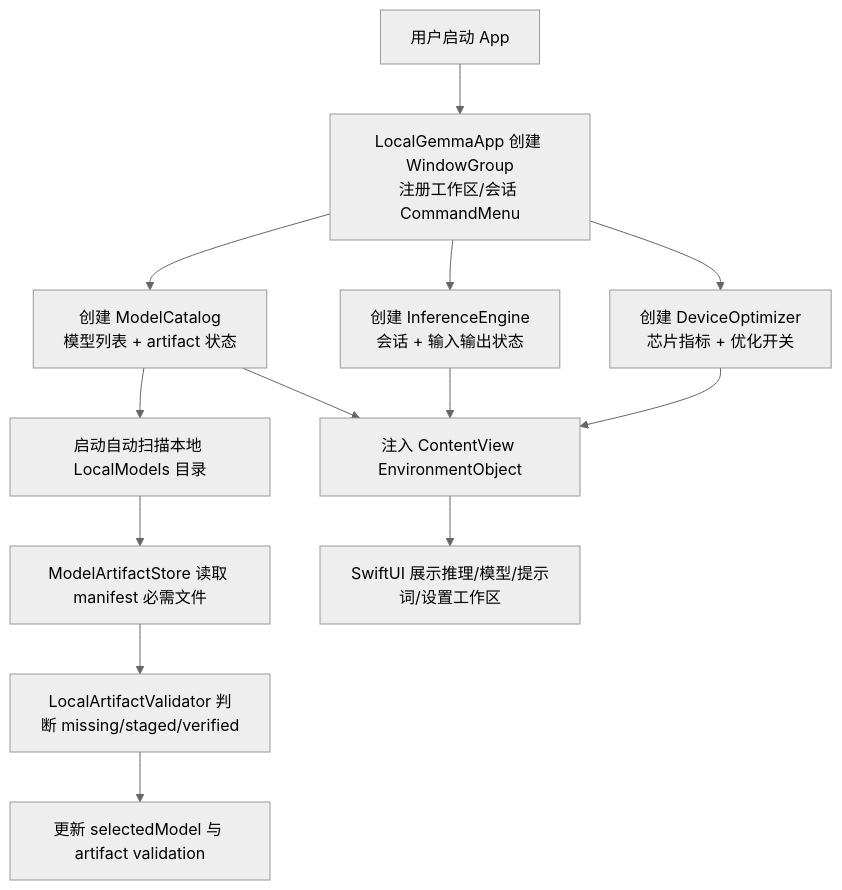
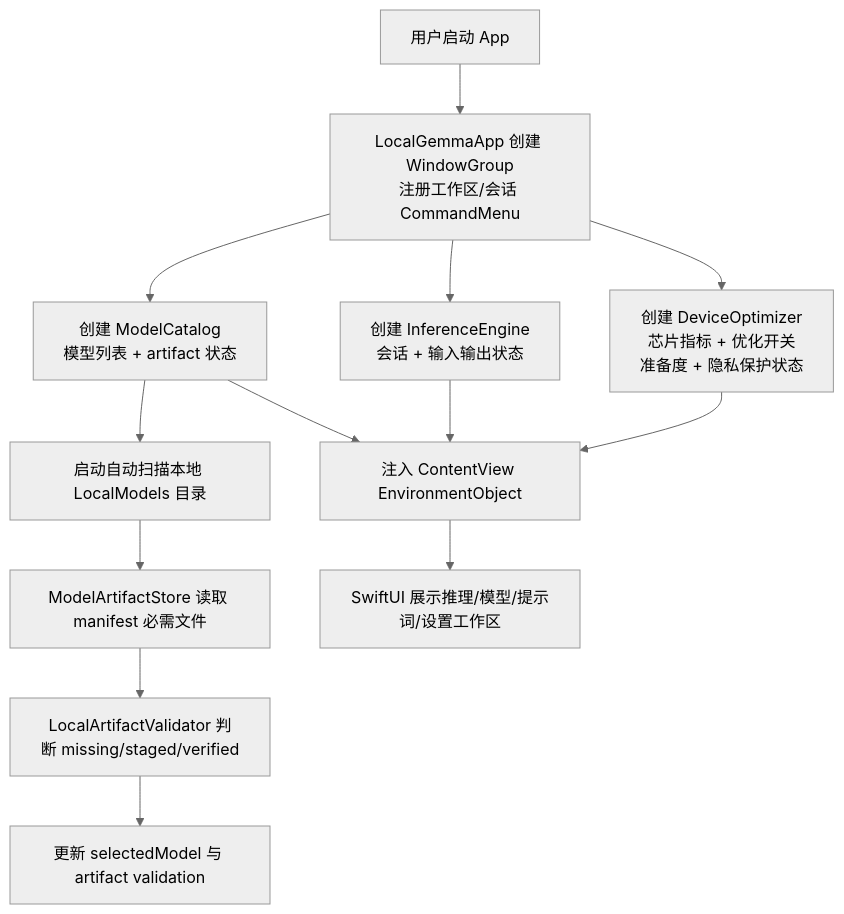
One commit to Altman-sam114/113 changed the first of 9 diagrams in md/flow/flowchart.md. Above: the diagram before and after it, drawn with Mermaid (neutral theme). The commit also changed other lines of this file and 9 other files, not shown here.

````diff
--- a/md/flow/flowchart.md
+++ b/md/flow/flowchart.md
@@ -9,15 +9,15 @@
 ```mermaid
 flowchart TD
     A[用户启动 App] --> B[LocalGemmaApp 创建 WindowGroup<br/>注册工作区/会话 CommandMenu]
     B --> C[创建 ModelCatalog<br/>模型列表 + artifact 状态]
     B --> D[创建 InferenceEngine<br/>会话 + 输入输出状态]
-    B --> E[创建 DeviceOptimizer<br/>芯片指标 + 优化开关]
+    B --> E[创建 DeviceOptimizer<br/>芯片指标 + 优化开关<br/>准备度 + 隐私保护状态]
     C --> F[启动自动扫描本地 LocalModels 目录]
     F --> G[ModelArtifactStore 读取 manifest 必需文件]
     G --> H[LocalArtifactValidator 判断 missing/staged/verified]
     H --> I[更新 selectedModel 与 artifact validation]
     C --> J[注入 ContentView EnvironmentObject]
     D --> J
     E --> J
     J --> K[SwiftUI 展示推理/模型/提示词/设置工作区]
 ```
````
